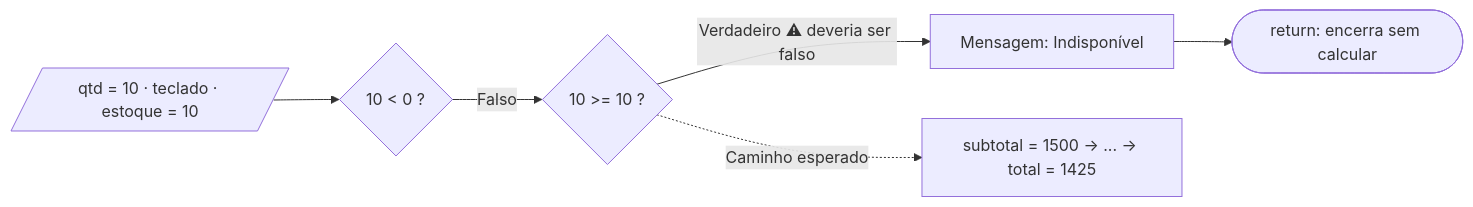
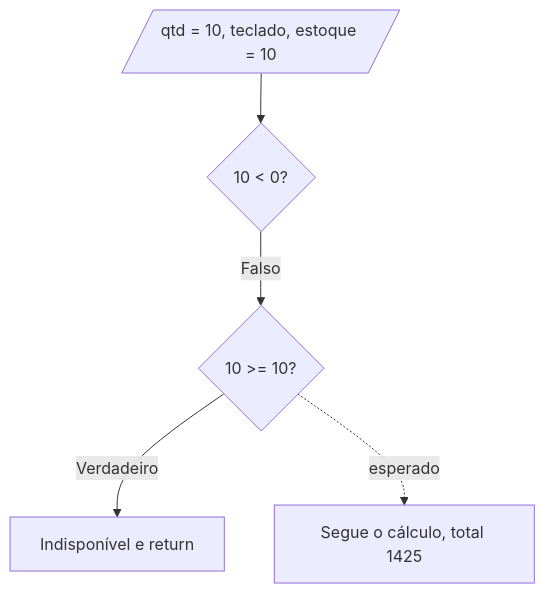
One commit to italomtlindo/caixa_branca changed the third of 7 diagrams in README.md. Above: the diagram before and after it, drawn with Mermaid. The commit also changed other lines of this file, not shown here.

````diff
--- a/README.md
+++ b/README.md
@@ -321,8 +296,7 @@
 ```mermaid
-flowchart LR
-    A[/qtd = 10 · teclado · estoque = 10/] --> B{"10 < 0 ?"}
-    B -- Falso --> C{"10 >= 10 ?"}
-    C -- "Verdadeiro ⚠ deveria ser falso" --> D[Mensagem: Indisponível]
-    D --> E([return: encerra sem calcular])
-    C -. "Caminho esperado" .-> F["subtotal = 1500 → ... → total = 1425"]
+flowchart TD
+    A[/qtd = 10, teclado, estoque = 10/] --> B{10 < 0?}
+    B -- Falso --> C{10 >= 10?}
+    C -- Verdadeiro --> D[Indisponível e return]
+    C -. esperado .-> E[Segue o cálculo, total 1425]
 ```
````
